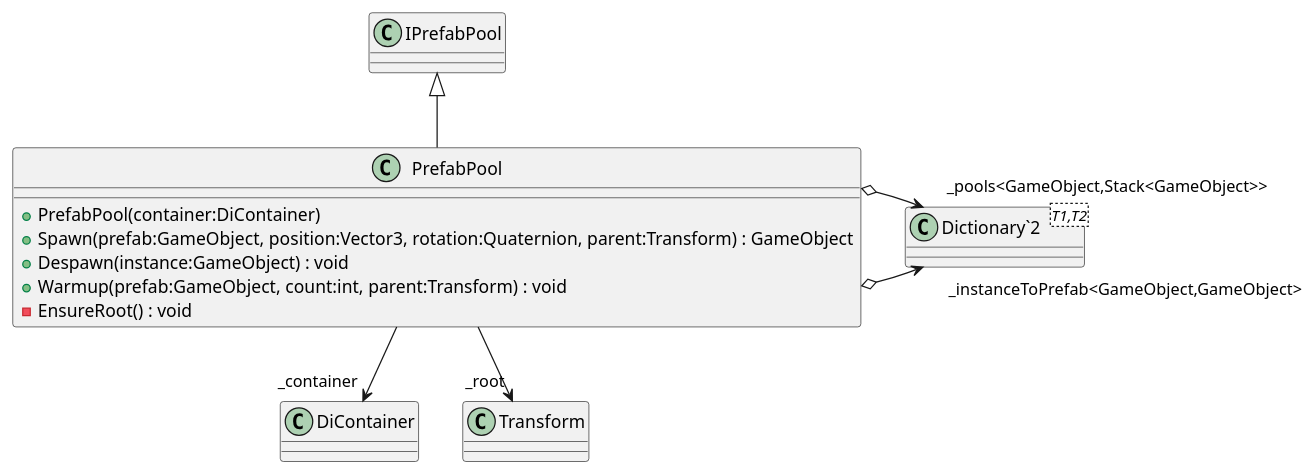
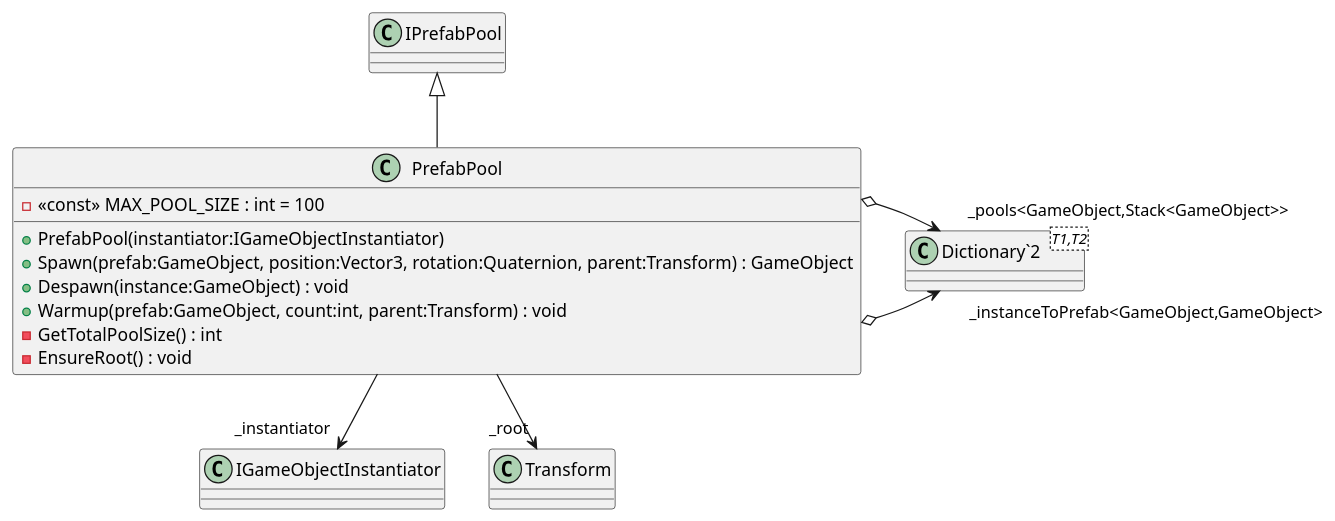
Before and after one commit to felipemmax/ExplodingElves: the diagram in puml/Assets/ExplodingElves/Scripts/Core/Pooling/PrefabPool.puml, drawn with PlantUML. The commit also changed 21 other files, not shown here.

Commit message:
Adding the UML Diagram;

```diff
--- a/puml/Assets/ExplodingElves/Scripts/Core/Pooling/PrefabPool.puml
+++ b/puml/Assets/ExplodingElves/Scripts/Core/Pooling/PrefabPool.puml
@@ -1,16 +1,18 @@
 @startuml
 class PrefabPool {
-    + PrefabPool(container:DiContainer)
+    - <<const>> MAX_POOL_SIZE : int = 100
+    + PrefabPool(instantiator:IGameObjectInstantiator)
     + Spawn(prefab:GameObject, position:Vector3, rotation:Quaternion, parent:Transform) : GameObject
     + Despawn(instance:GameObject) : void
     + Warmup(prefab:GameObject, count:int, parent:Transform) : void
+    - GetTotalPoolSize() : int
     - EnsureRoot() : void
 }
 class "Dictionary`2"<T1,T2> {
 }
 IPrefabPool <|-- PrefabPool
-PrefabPool --> "_container" DiContainer
+PrefabPool --> "_instantiator" IGameObjectInstantiator
 PrefabPool o-> "_instanceToPrefab<GameObject,GameObject>" "Dictionary`2"
 PrefabPool o-> "_pools<GameObject,Stack<GameObject>>" "Dictionary`2"
 PrefabPool --> "_root" Transform
 @enduml
```
